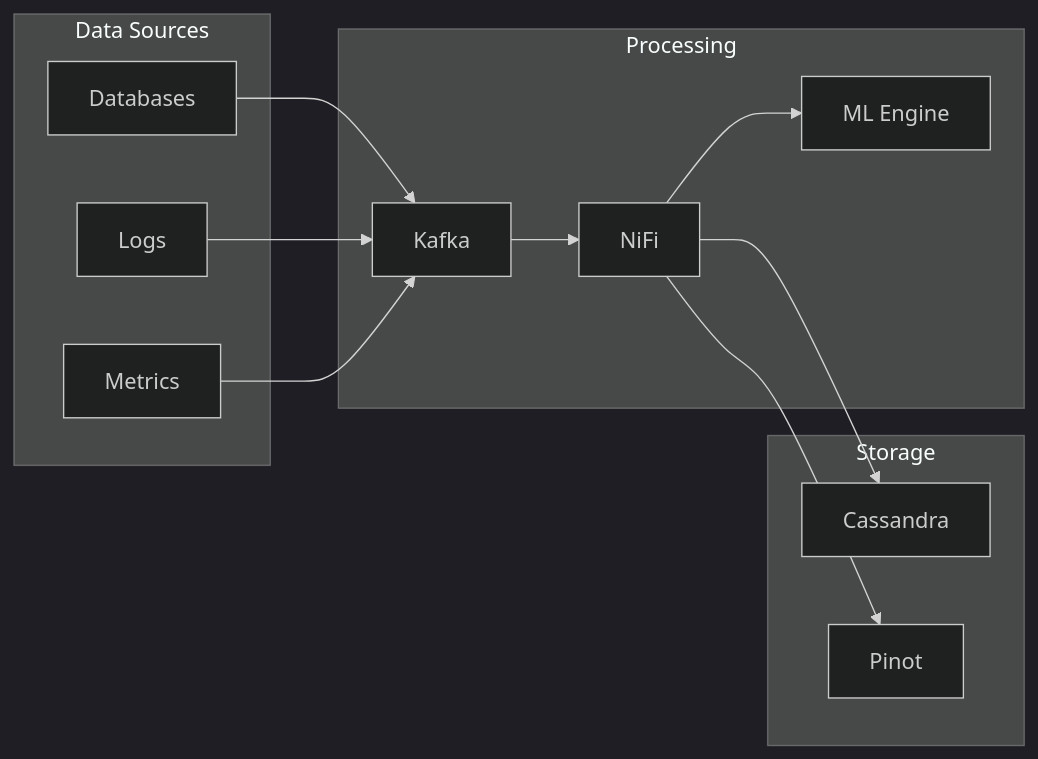
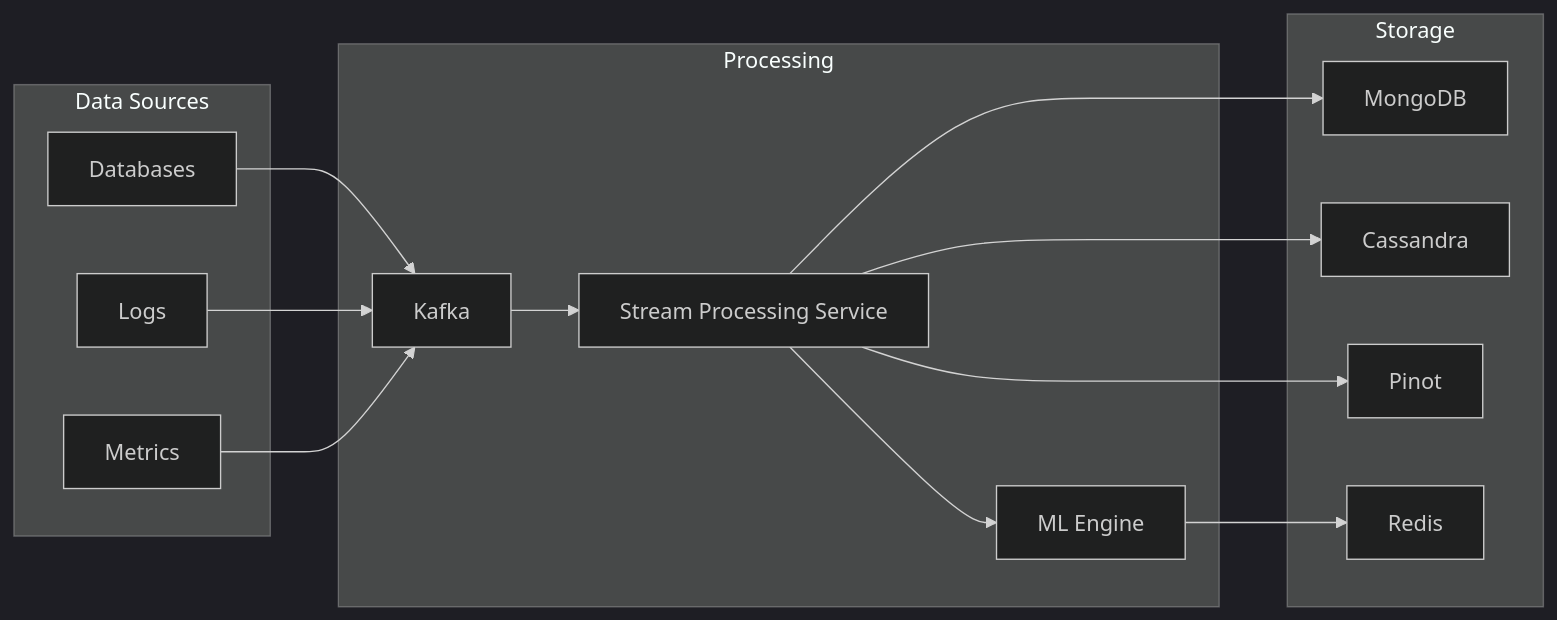
Before and after one commit to flamingo-stack/openframe-oss-tenant: the fifth of 9 diagrams in docs/docs/development/architecture/microservices.md, drawn with Mermaid (dark theme). The commit also changed 7 other files, not shown here.

First line of the commit message:
Update architecture diagrams and remove outdated NiFi references

````diff
--- a/docs/docs/development/architecture/microservices.md
+++ b/docs/docs/development/architecture/microservices.md
@@ -106,27 +106,31 @@
 ```mermaid
 graph LR
     subgraph "Data Sources"
         DB[Databases]
         LOG[Logs]
         METRICS[Metrics]
     end
 
     subgraph "Processing"
         KAFKA[Kafka]
-        NIFI[NiFi]
+        STREAM[Stream Processing Service]
         ML[ML Engine]
     end
 
     subgraph "Storage"
+        MONGO[MongoDB]
         CASS[Cassandra]
         PINOT[Pinot]
+        REDIS[Redis]
     end
 
     DB --> KAFKA
     LOG --> KAFKA
     METRICS --> KAFKA
-    KAFKA --> NIFI
-    NIFI --> ML
-    NIFI --> CASS
-    NIFI --> PINOT
+    KAFKA --> STREAM
+    STREAM --> ML
+    STREAM --> MONGO
+    STREAM --> CASS
+    STREAM --> PINOT
+    ML --> REDIS
 ```
````
